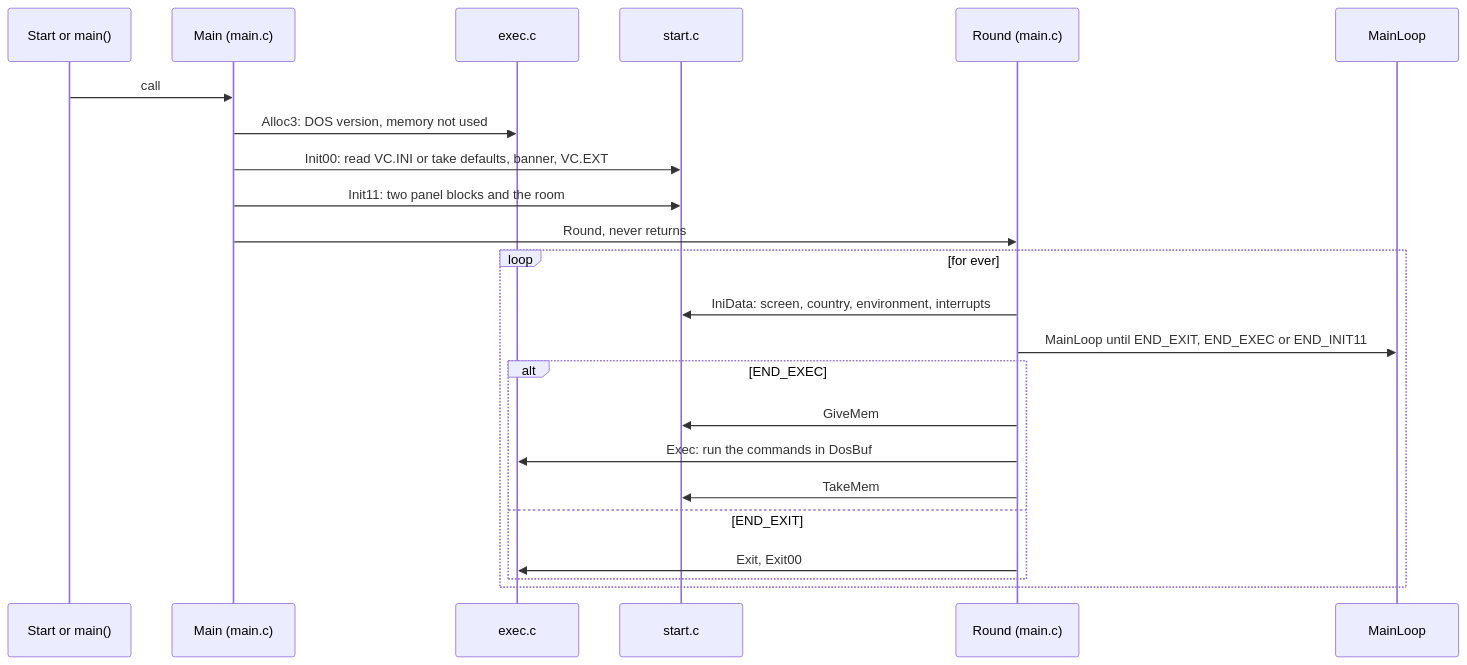
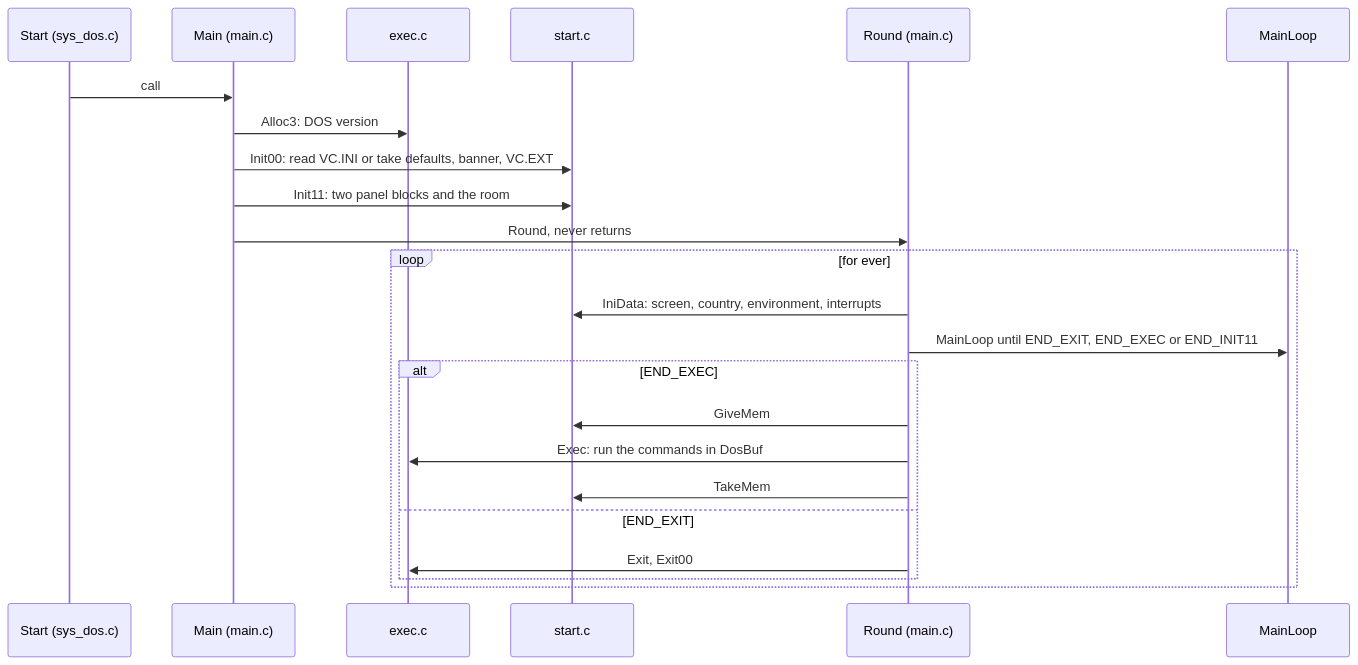
One commit to mmotorny/vibe_commander changed the second of 7 diagrams in docs/design/01-the-program.md. Above: the diagram before and after it, drawn with Mermaid. The commit also changed other lines of this file and 13 other files, not shown here.

````diff
--- a/docs/design/01-the-program.md
+++ b/docs/design/01-the-program.md
@@ -146,25 +200,25 @@
 ```mermaid
 sequenceDiagram
-    participant S as Start or main()
+    participant S as Start (sys_dos.c)
     participant M as Main (main.c)
     participant X as exec.c
     participant I as start.c
     participant R as Round (main.c)
     participant L as MainLoop
     S->>M: call
-    M->>X: Alloc3: DOS version, memory not used
+    M->>X: Alloc3: DOS version
     M->>I: Init00: read VC.INI or take defaults, banner, VC.EXT
     M->>I: Init11: two panel blocks and the room
     M->>R: Round, never returns
     loop for ever
         R->>I: IniData: screen, country, environment, interrupts
         R->>L: MainLoop until END_EXIT, END_EXEC or END_INIT11
         alt END_EXEC
             R->>I: GiveMem
             R->>X: Exec: run the commands in DosBuf
             R->>I: TakeMem
         else END_EXIT
             R->>X: Exit, Exit00
         end
     end
 ```
````
